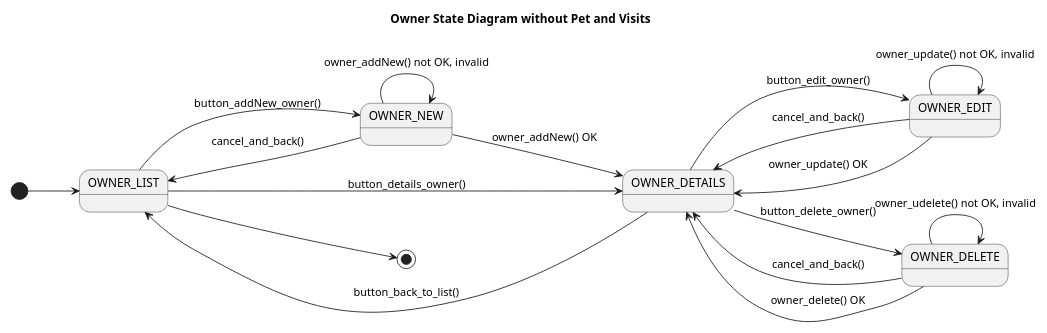
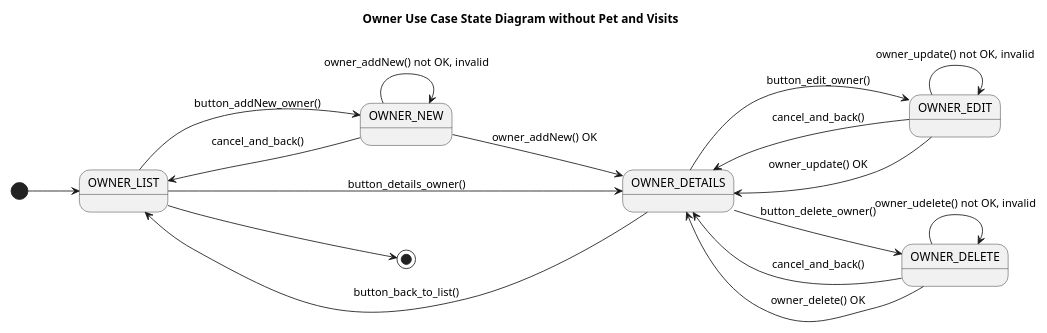
Before and after one commit to Jakarta-EE-Petclinic/petclinic-uml: the diagram in puml/owner/concept/Owner__UseCases__State__without_details.puml, drawn with PlantUML. The commit also changed 13 other files, not shown here.

```diff
--- a/puml/owner/concept/Owner__UseCases__State__without_details.puml
+++ b/puml/owner/concept/Owner__UseCases__State__without_details.puml
@@ -1,48 +1,48 @@
 @startuml
 
-title Owner State Diagram without Pet and Visits
+title Owner Use Case State Diagram without Pet and Visits
 
 'https://plantuml.com/state-diagram
 
 left to right direction
 'top to bottom direction
 
 scale 1000 width
 
 [*] --> OWNER_LIST
 
 OWNER_LIST --> OWNER_NEW : button_addNew_owner()
 
 OWNER_NEW --> OWNER_LIST: cancel_and_back()
 OWNER_NEW --> OWNER_DETAILS: owner_addNew() OK
 
 OWNER_LIST --> OWNER_DETAILS: button_details_owner()
 
 OWNER_DETAILS --> OWNER_LIST: button_back_to_list()
 
 OWNER_DETAILS --> OWNER_EDIT: button_edit_owner()
 OWNER_EDIT --> OWNER_DETAILS: cancel_and_back()
 
 OWNER_DETAILS --> OWNER_DELETE: button_delete_owner()
 OWNER_DELETE --> OWNER_DETAILS: cancel_and_back()
 
 OWNER_EDIT --> OWNER_DETAILS: owner_update() OK
 OWNER_DELETE --> OWNER_DETAILS: owner_delete() OK
 
 state OWNER_DETAILS {
 }
 
 state OWNER_EDIT {
     OWNER_EDIT --> OWNER_EDIT: owner_update() not OK, invalid
 }
 state OWNER_DELETE {
     OWNER_DELETE --> OWNER_DELETE: owner_udelete() not OK, invalid
 }
 state OWNER_NEW {
     OWNER_NEW --> OWNER_NEW : owner_addNew() not OK, invalid
 }
 
 OWNER_LIST --> [*]
 
 
 @enduml
```
